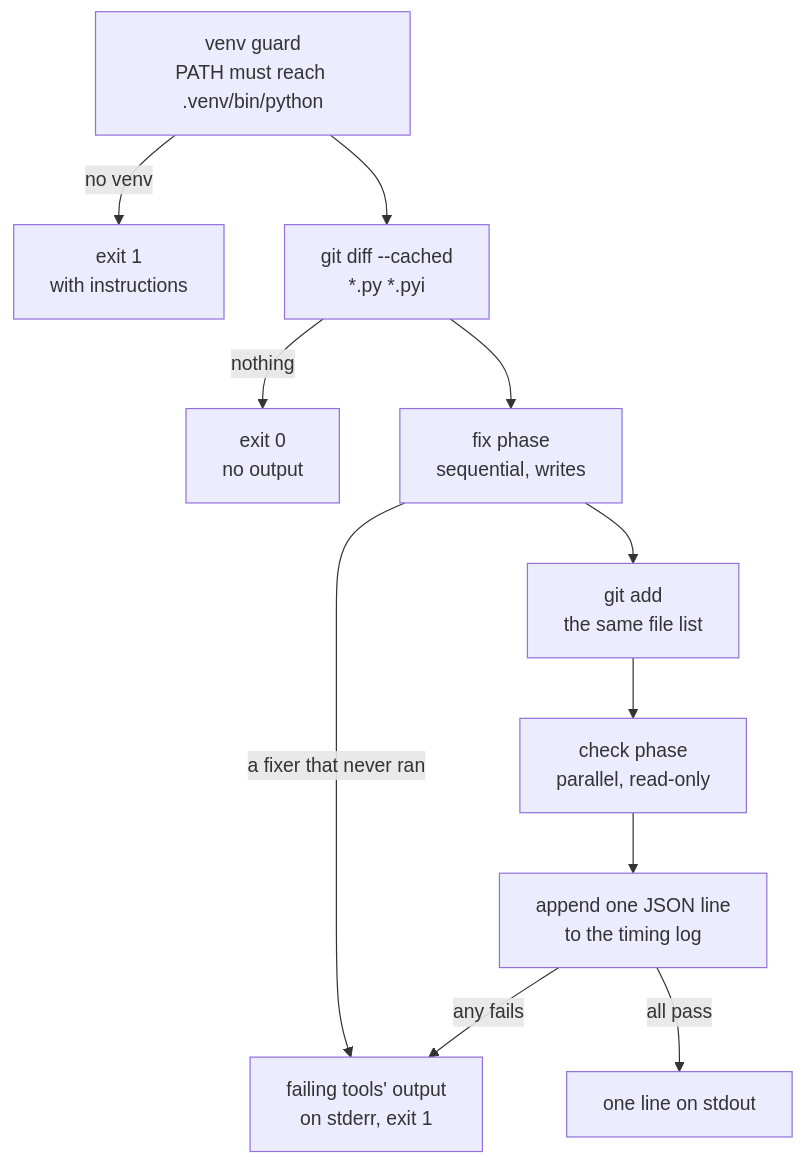
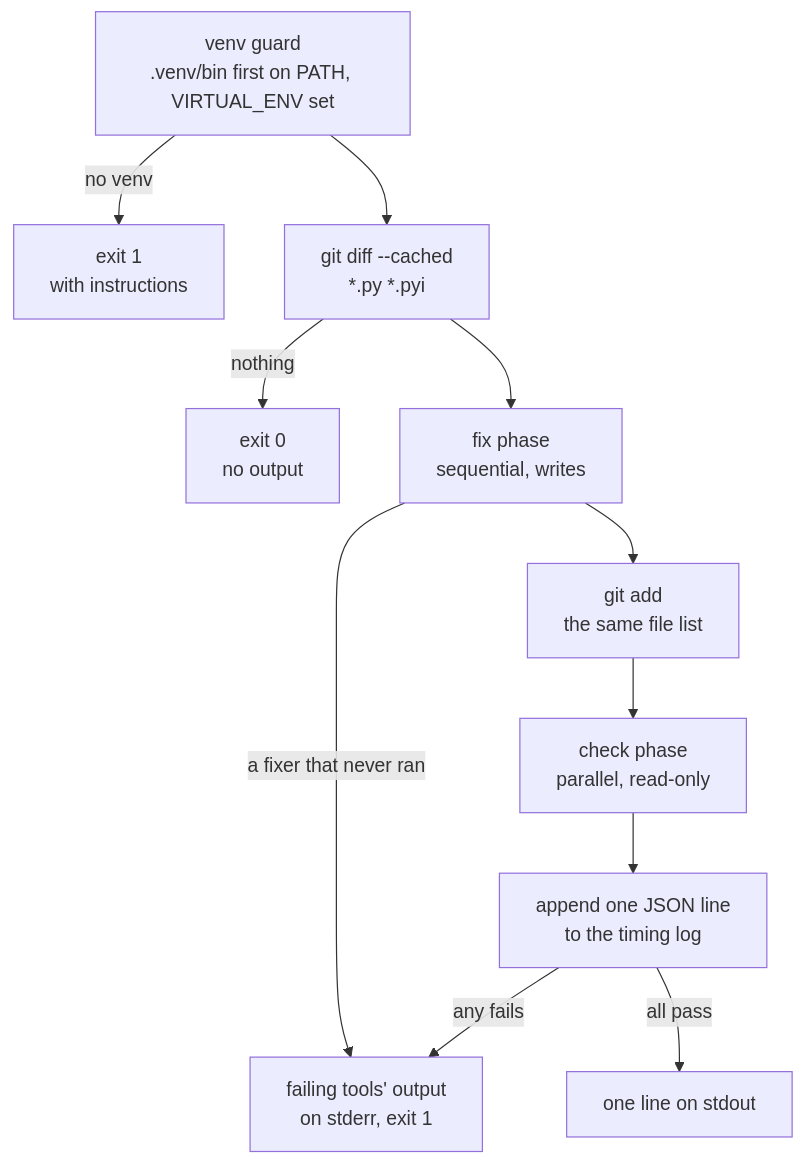
Before and after one commit to mojzis/madoqua: the first of 2 diagrams in docs/src/how-it-works.md, drawn with Mermaid. The commit also changed 7 other files, not shown here.

````diff
--- a/docs/src/how-it-works.md
+++ b/docs/src/how-it-works.md
@@ -5,13 +5,13 @@
 ```mermaid
 flowchart TD
-    guard[venv guard<br/>PATH must reach .venv/bin/python] -->|no venv| blocked[exit 1<br/>with instructions]
+    guard[venv guard<br/>.venv/bin first on PATH, VIRTUAL_ENV set] -->|no venv| blocked[exit 1<br/>with instructions]
     guard --> staged[git diff --cached<br/>*.py *.pyi]
     staged -->|nothing| quiet[exit 0<br/>no output]
     staged --> fix[fix phase<br/>sequential, writes]
     fix -->|a fixer that never ran| failures
     fix --> add[git add<br/>the same file list]
     add --> check[check phase<br/>parallel, read-only]
     check --> log[append one JSON line<br/>to the timing log]
     log -->|all pass| verdict[one line on stdout]
     log -->|any fails| failures[failing tools' output<br/>on stderr, exit 1]
 ```
````
